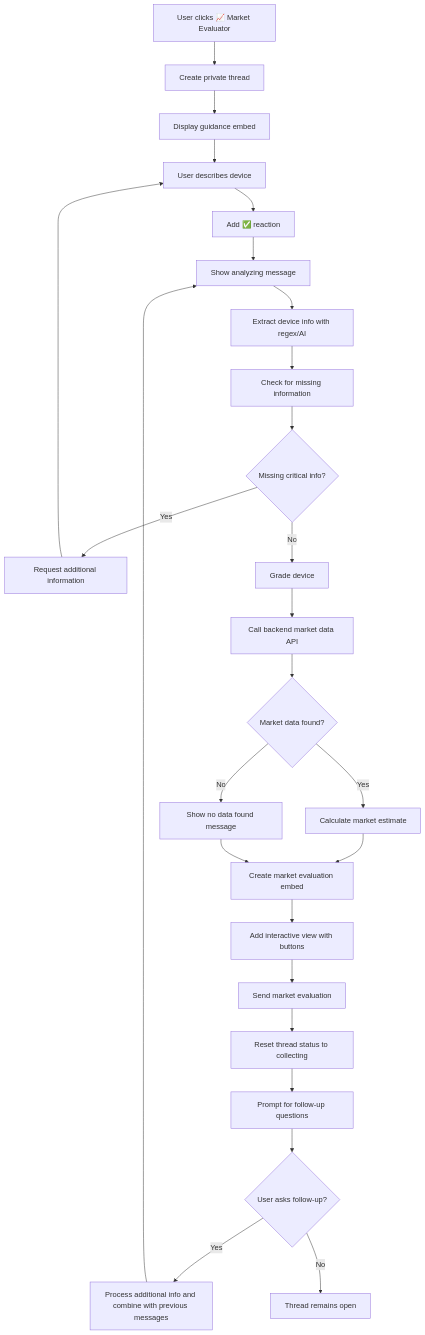
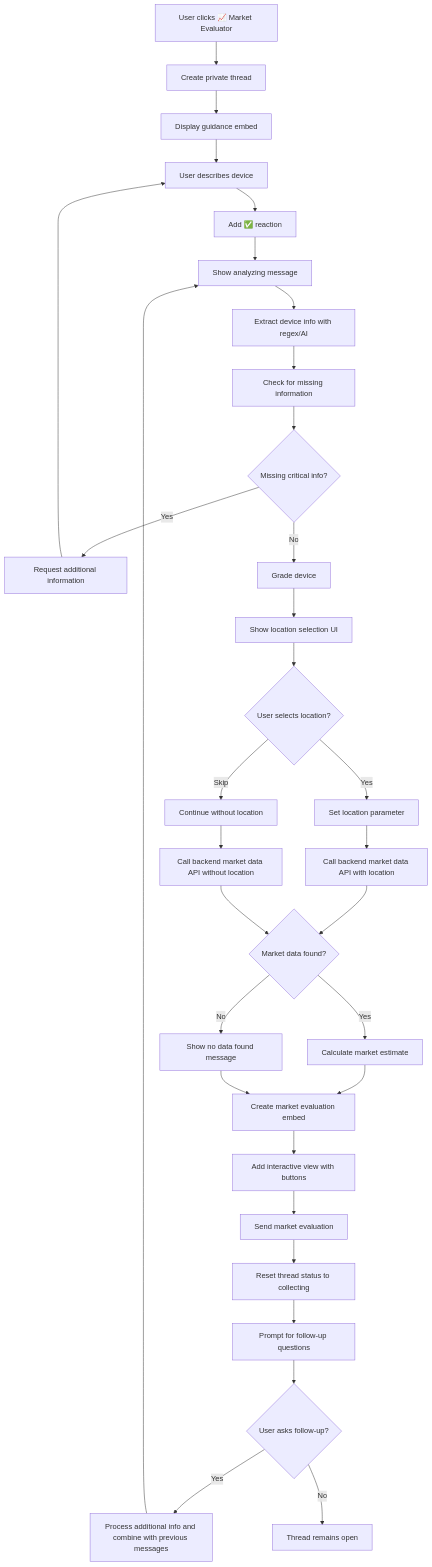
The diagram in flows/market_evaluator_flow.md (sidekickmobile/cellzier-bots-public), drawn with Mermaid before and after one commit. The commit also changed other lines of this file and 4 other files, not shown here.

Commit message:
Update repair solution flows

````diff
--- a/flows/market_evaluator_flow.md
+++ b/flows/market_evaluator_flow.md
@@ -150,28 +167,34 @@
 ```mermaid
 graph TD
     A[User clicks 📈 Market Evaluator] --> B[Create private thread]
     B --> C[Display guidance embed]
     C --> D[User describes device]
     D --> E[Add ✅ reaction]
     E --> F[Show analyzing message]
     F --> G[Extract device info with regex/AI]
     G --> H[Check for missing information]
     H --> I{Missing critical info?}
     I -->|Yes| J[Request additional information]
     I -->|No| K[Grade device]
     J --> D
-    K --> L[Call backend market data API]
-    L --> M{Market data found?}
-    M -->|Yes| N[Calculate market estimate]
-    M -->|No| O[Show no data found message]
-    N --> P[Create market evaluation embed]
-    O --> P
-    P --> Q[Add interactive view with buttons]
-    Q --> R[Send market evaluation]
-    R --> S[Reset thread status to collecting]
-    S --> T[Prompt for follow-up questions]
-    T --> U{User asks follow-up?}
-    U -->|Yes| V[Process additional info and combine with previous messages]
-    U -->|No| W[Thread remains open]
-    V --> F
+    K --> L[Show location selection UI]
+    L --> M{User selects location?}
+    M -->|Yes| N[Set location parameter]
+    M -->|Skip| O[Continue without location]
+    N --> P[Call backend market data API with location]
+    O --> Q[Call backend market data API without location]
+    P --> R{Market data found?}
+    Q --> R
+    R -->|Yes| S[Calculate market estimate]
+    R -->|No| T[Show no data found message]
+    S --> U[Create market evaluation embed]
+    T --> U
+    U --> V[Add interactive view with buttons]
+    V --> W[Send market evaluation]
+    W --> X[Reset thread status to collecting]
+    X --> Y[Prompt for follow-up questions]
+    Y --> Z{User asks follow-up?}
+    Z -->|Yes| AA[Process additional info and combine with previous messages]
+    Z -->|No| BB[Thread remains open]
+    AA --> F
 ```
````
